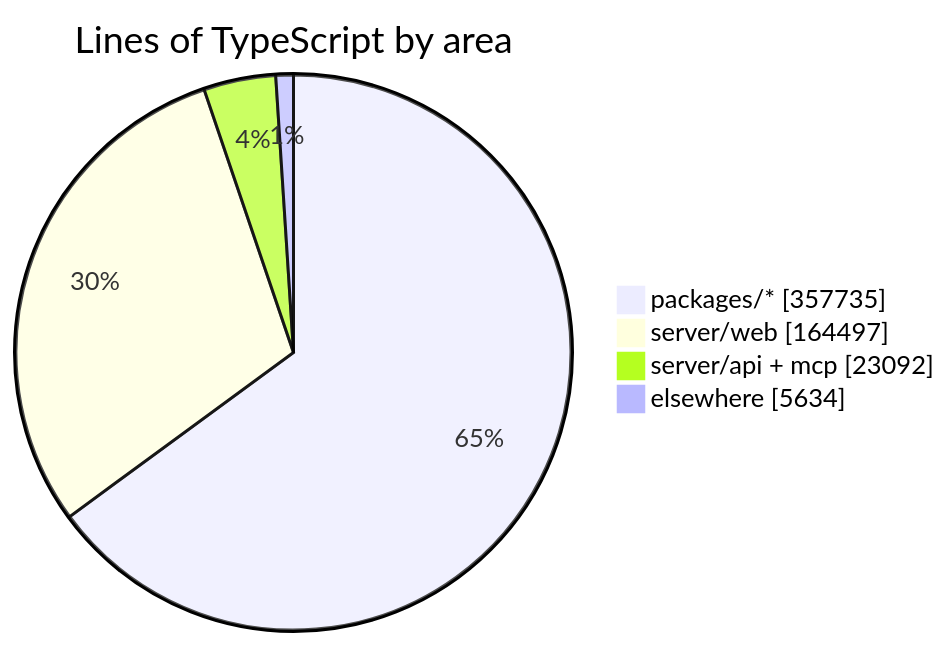
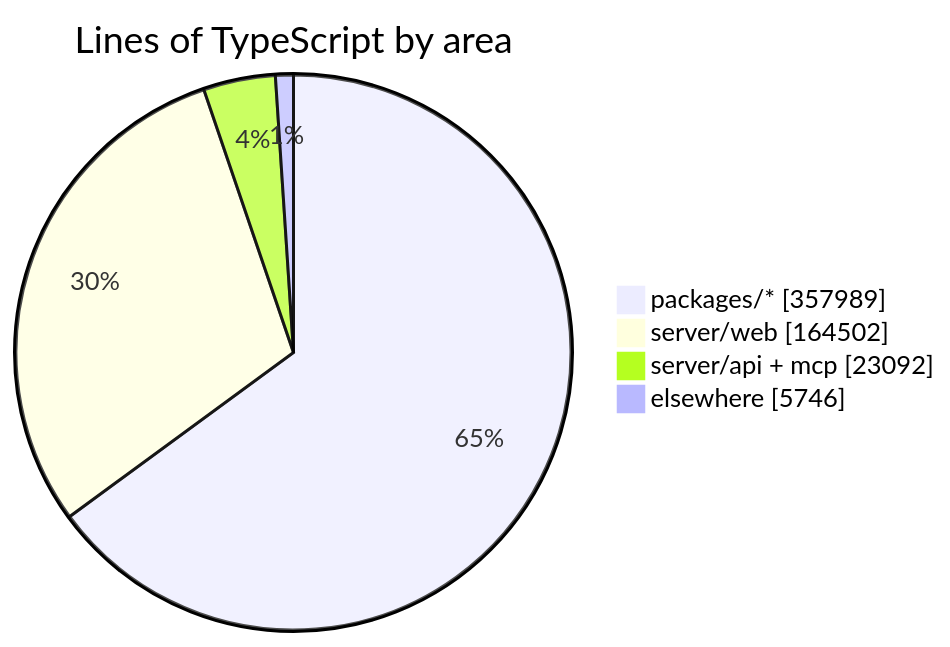
Before and after one commit to crossworks-engineering/mantle: the diagram in README.md, drawn with Mermaid. The commit also changed other lines of this file and 2 other files, not shown here.

````diff
--- a/README.md
+++ b/README.md
@@ -294,7 +294,7 @@
 ```mermaid
 pie showData title Lines of TypeScript by area
-    "packages/*" : 357735
-    "server/web" : 164497
+    "packages/*" : 357989
+    "server/web" : 164502
     "server/api + mcp" : 23092
-    "elsewhere" : 5634
+    "elsewhere" : 5746
 ```
````
